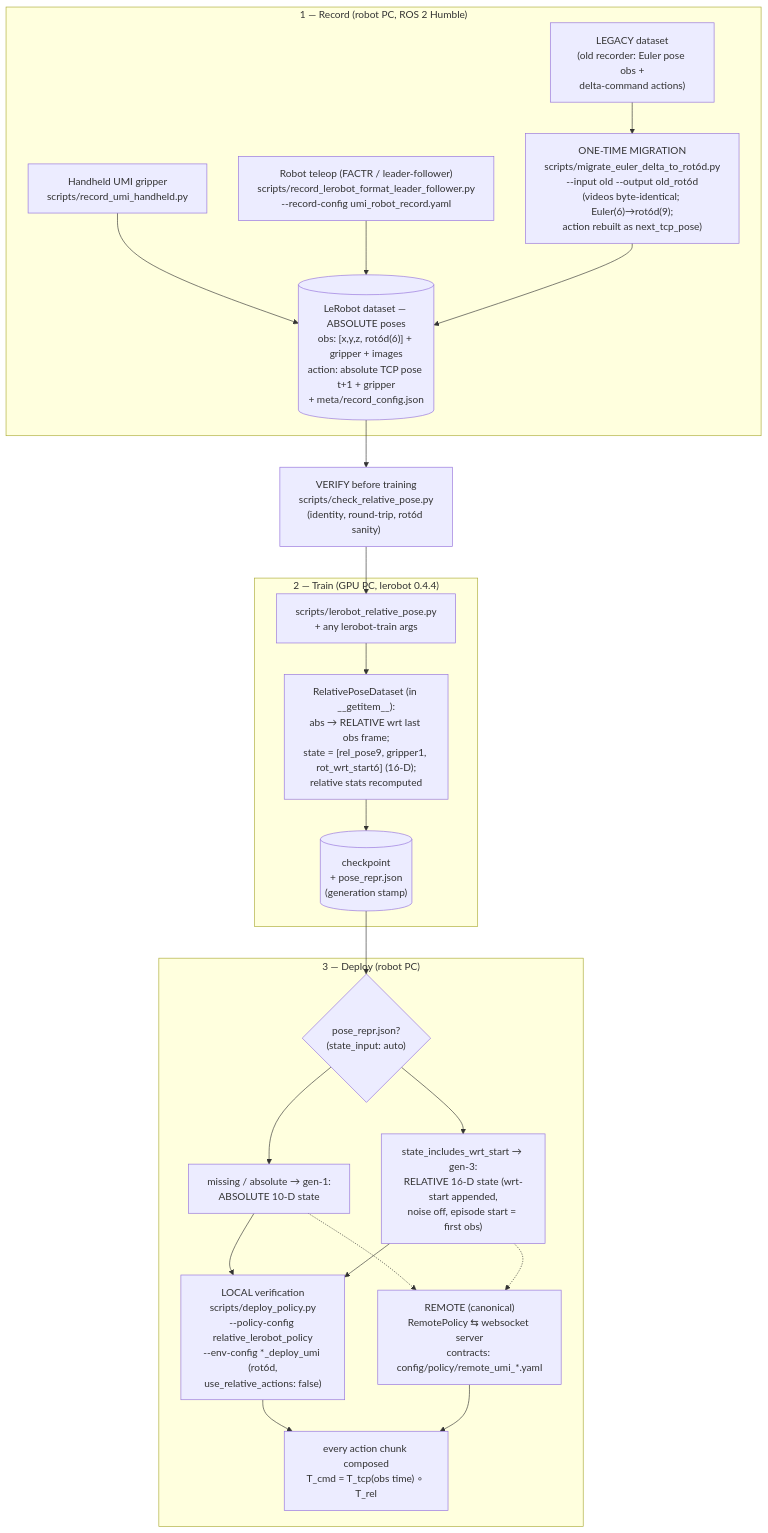
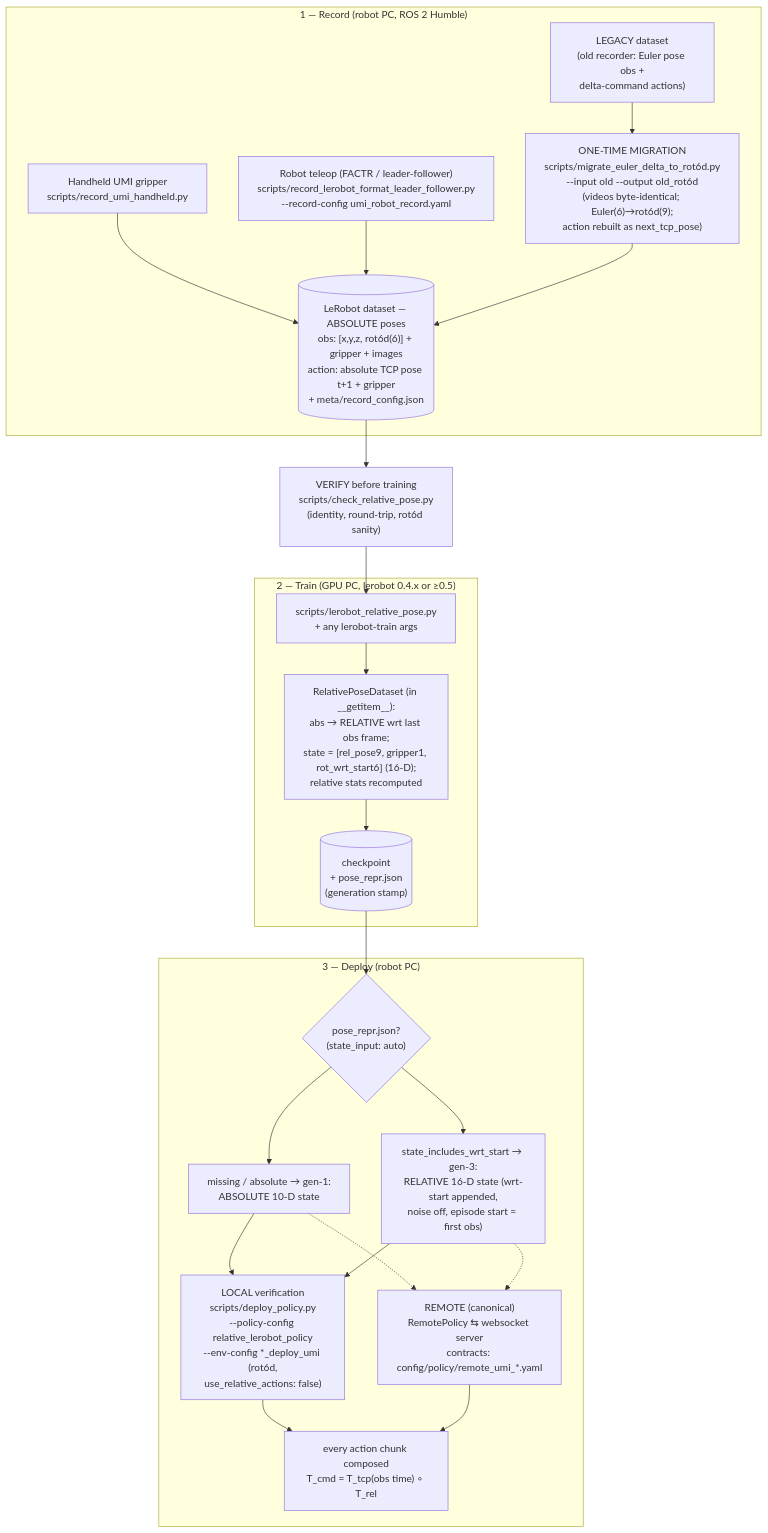
One commit to Angelicahsiao/crisp_gym changed the diagram in README.md. Above: the diagram before and after it, drawn with Mermaid. The commit also changed other lines of this file and 2 other files, not shown here.

````diff
--- a/README.md
+++ b/README.md
@@ -104,40 +99,40 @@
 ```mermaid
 flowchart TD
     subgraph RECORD["1 — Record (robot PC, ROS 2 Humble)"]
         H["Handheld UMI gripper<br/>scripts/record_umi_handheld.py"]
         R["Robot teleop (FACTR / leader-follower)<br/>scripts/record_lerobot_format_leader_follower.py<br/>--record-config umi_robot_record.yaml"]
         OLD["LEGACY dataset<br/>(old recorder: Euler pose obs +<br/>delta-command actions)"]
         MIG["ONE-TIME MIGRATION<br/>scripts/migrate_euler_delta_to_rot6d.py<br/>--input old --output old_rot6d<br/>(videos byte-identical; Euler(6)→rot6d(9);<br/>action rebuilt as next_tcp_pose)"]
         DS[("LeRobot dataset — ABSOLUTE poses<br/>obs: [x,y,z, rot6d(6)] + gripper + images<br/>action: absolute TCP pose t+1 + gripper<br/>+ meta/record_config.json")]
         H --> DS
         R --> DS
         OLD --> MIG --> DS
     end
 
     CHK["VERIFY before training<br/>scripts/check_relative_pose.py<br/>(identity, round-trip, rot6d sanity)"]
     DS --> CHK
 
-    subgraph TRAIN["2 — Train (GPU PC, lerobot 0.4.4)"]
+    subgraph TRAIN["2 — Train (GPU PC, lerobot 0.4.x or ≥0.5)"]
         TR["scripts/lerobot_relative_pose.py<br/>+ any lerobot-train args"]
         W["RelativePoseDataset (in __getitem__):<br/>abs → RELATIVE wrt last obs frame;<br/>state = [rel_pose9, gripper1, rot_wrt_start6] (16-D);<br/>relative stats recomputed"]
         CKPT[("checkpoint<br/>+ pose_repr.json<br/>(generation stamp)")]
         TR --> W --> CKPT
     end
     CHK --> TR
 
     subgraph DEPLOY["3 — Deploy (robot PC)"]
         GEN{"pose_repr.json?<br/>(state_input: auto)"}
         G1["missing / absolute → gen-1:<br/>ABSOLUTE 10-D state"]
         G3["state_includes_wrt_start → gen-3:<br/>RELATIVE 16-D state (wrt-start appended,<br/>noise off, episode start = first obs)"]
         LOC["LOCAL verification<br/>scripts/deploy_policy.py<br/>--policy-config relative_lerobot_policy<br/>--env-config *_deploy_umi (rot6d,<br/>use_relative_actions: false)"]
         REM["REMOTE (canonical)<br/>RemotePolicy ⇆ websocket server<br/>contracts: config/policy/remote_umi_*.yaml"]
         ACT["every action chunk composed<br/>T_cmd = T_tcp(obs time) ∘ T_rel"]
         CKPT --> GEN
         GEN --> G1 --> LOC
         GEN --> G3 --> LOC
         G1 -.-> REM
         G3 -.-> REM
         LOC --> ACT
         REM --> ACT
     end
 ```
````
